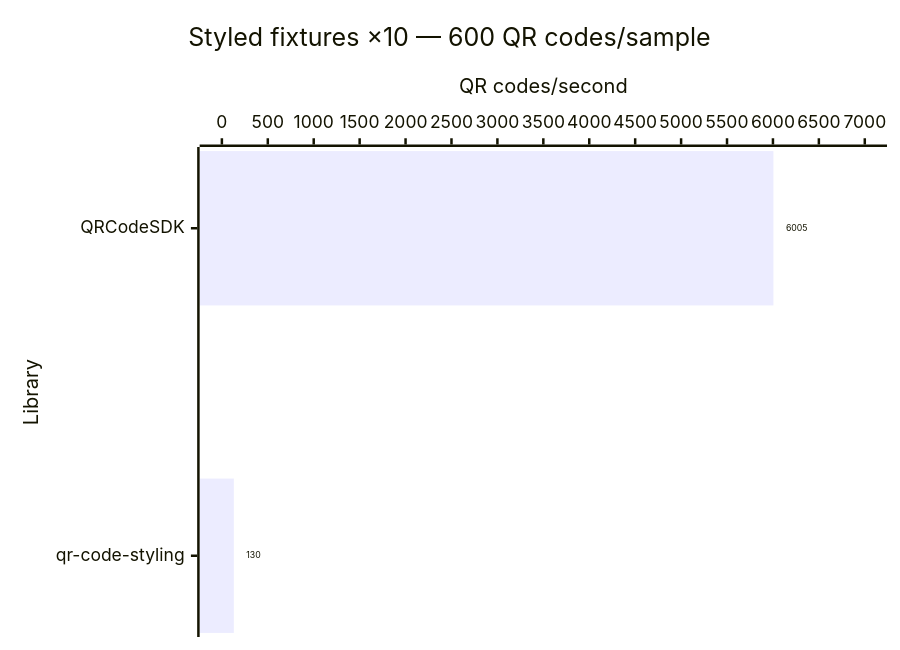
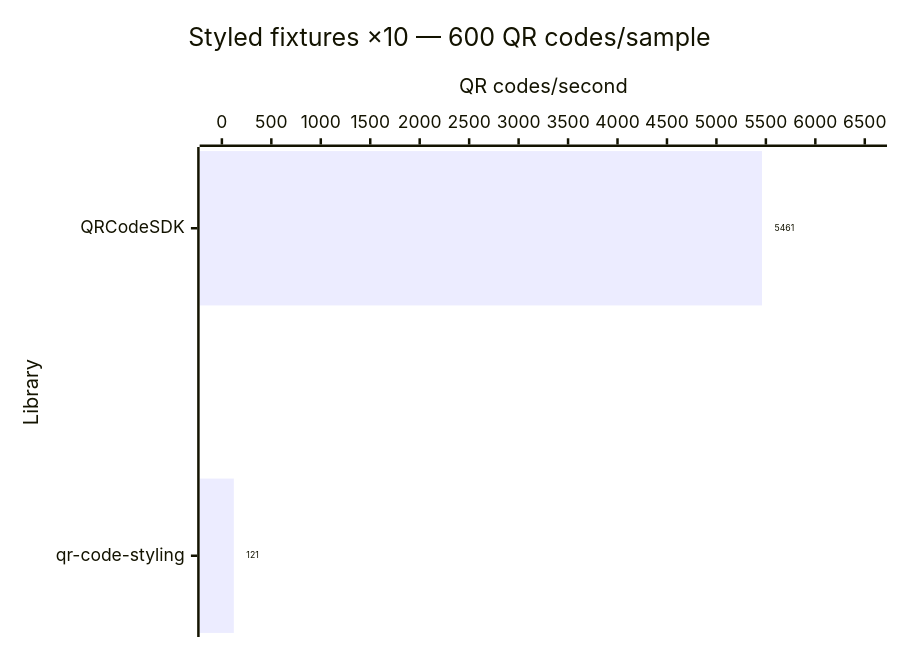
One commit to Dafnik/qrcodesdk changed diagram 13 of 14 in apps/docs/src/content/docs/learn/performance.md. Above: the diagram before and after it, drawn with Mermaid. The commit also changed other lines of this file and 75 other files, not shown here.

````diff
--- a/apps/docs/src/content/docs/learn/performance.md
+++ b/apps/docs/src/content/docs/learn/performance.md
@@ -284,15 +284,15 @@
 ```mermaid
 ---
 config:
   xyChart:
     showDataLabel: true
     showDataLabelOutsideBar: true
 ---
 xychart horizontal
   accTitle: Styled SVG generation: Styled fixtures ×10 — 600 QR codes/sample
-  accDescr: Throughput calculated from median time. QRCodeSDK 6,005 QR codes per second, qr-code-styling 130 QR codes per second. Higher is better.
+  accDescr: Throughput calculated from median time. QRCodeSDK 5,461 QR codes per second, qr-code-styling 121 QR codes per second. Higher is better.
   title "Styled fixtures ×10 — 600 QR codes/sample"
   x-axis "Library" ["QRCodeSDK", "qr-code-styling"]
-  y-axis "QR codes/second" 0 --> 7000
-  bar [6005, 130]
+  y-axis "QR codes/second" 0 --> 6500
+  bar [5461, 121]
 ```
````
